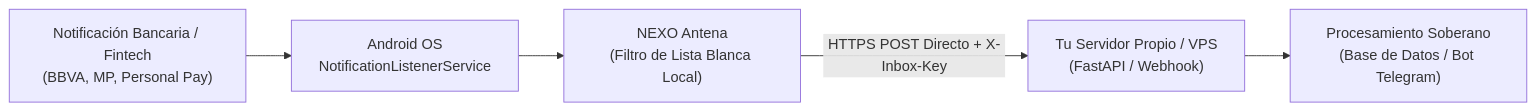
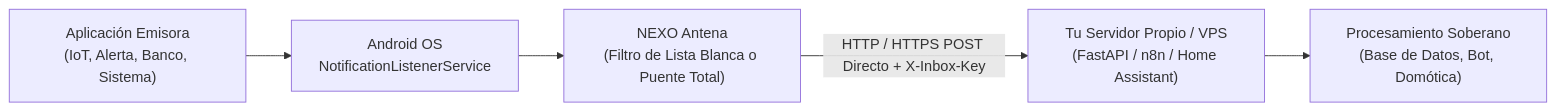
One commit to ldlmarcelo/nexo-antena changed the diagram in README.md. Above: the diagram before and after it, drawn with Mermaid. The commit also changed other lines of this file and 601 other files, not shown here.

````diff
--- a/README.md
+++ b/README.md
@@ -42,7 +54,7 @@
 ```mermaid
 flowchart LR
-    A["Notificación Bancaria / Fintech\n(BBVA, MP, Personal Pay)"] --> B["Android OS\nNotificationListenerService"]
-    B --> C["NEXO Antena\n(Filtro de Lista Blanca Local)"]
-    C -->|HTTPS POST Directo + X-Inbox-Key| D["Tu Servidor Propio / VPS\n(FastAPI / Webhook)"]
-    D --> E["Procesamiento Soberano\n(Base de Datos / Bot Telegram)"]
+    A["Aplicación Emisora\n(IoT, Alerta, Banco, Sistema)"] --> B["Android OS\nNotificationListenerService"]
+    B --> C["NEXO Antena\n(Filtro de Lista Blanca o Puente Total)"]
+    C -->|HTTP / HTTPS POST Directo + X-Inbox-Key| D["Tu Servidor Propio / VPS\n(FastAPI / n8n / Home Assistant)"]
+    D --> E["Procesamiento Soberano\n(Base de Datos, Bot, Domótica)"]
 ```
````
